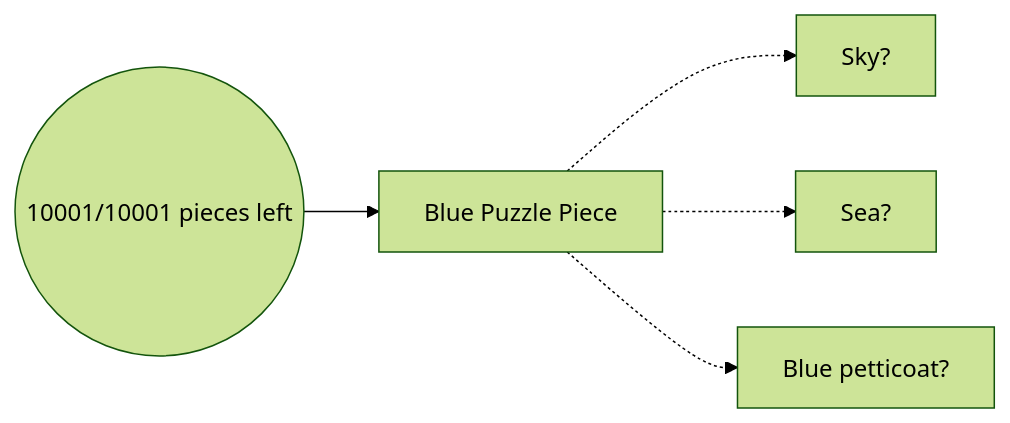
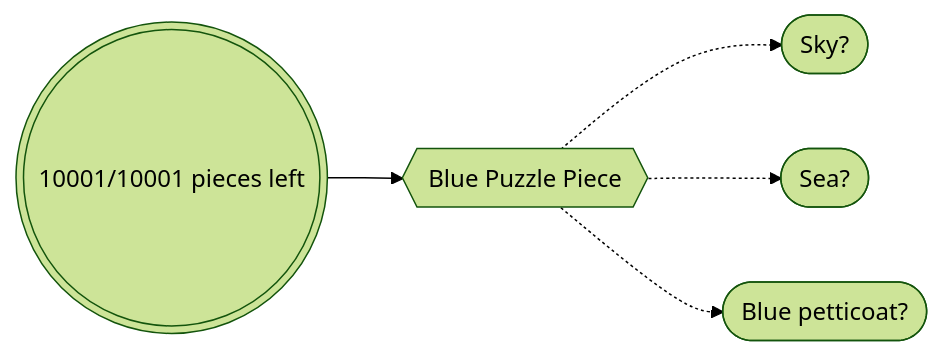
The first of 3 diagrams in README.md (198thread/lineup), drawn with Mermaid (forest theme) before and after one commit. The commit also changed other lines of this file, not shown here.

````diff
--- a/README.md
+++ b/README.md
@@ -7,7 +7,7 @@
 ```mermaid
 graph LR;
-    A((   10001/10001 pieces left   )) --> B[Blue Puzzle Piece]
-    B -.-> C[Sky?]
-    B -.-> D[Sea?]
-    B -.-> E[Blue petticoat?]
+    A(((10001/10001 pieces left))) --> B{{Blue Puzzle Piece}}
+    B -.-> C([Sky?])
+    B -.-> D([Sea?])
+    B -.-> E([Blue petticoat?])
 ```
````
